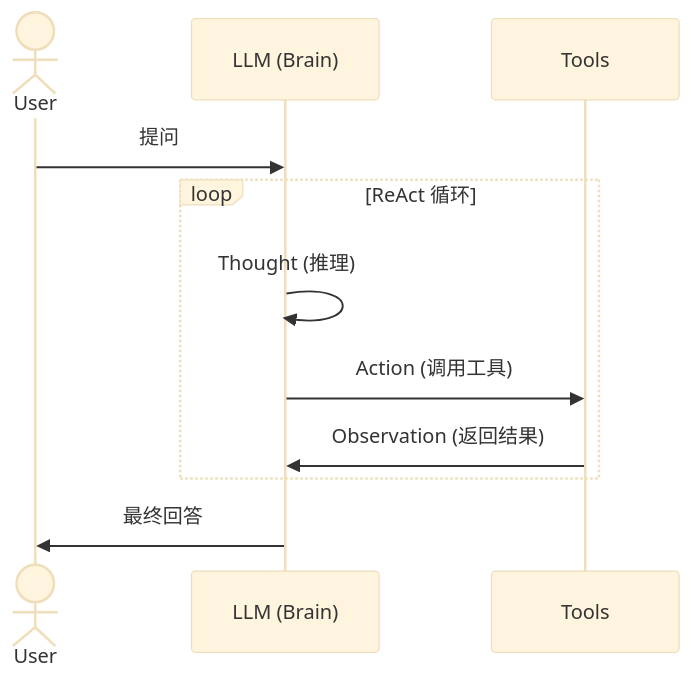
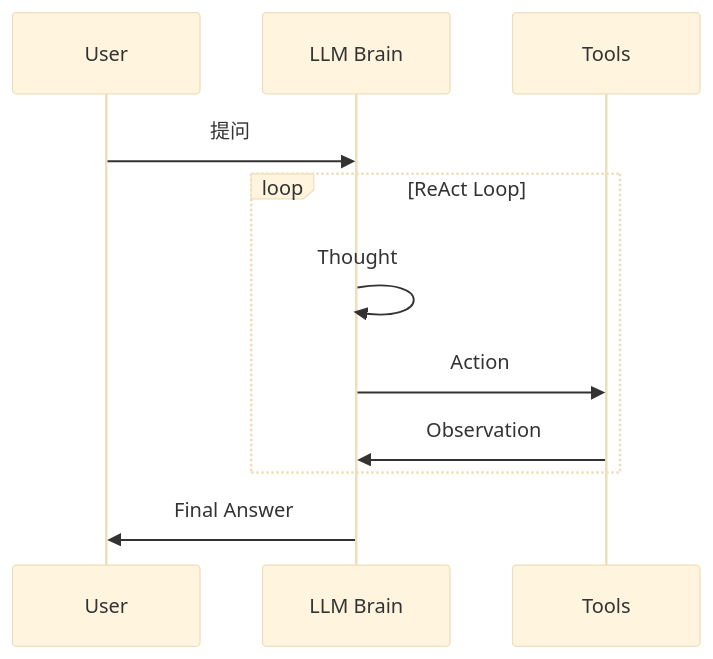
The first of 6 diagrams in docs/02_项目架构能力收敛/20260317170000_Agent工程架构模式全景.md (1207575273/ZCode), drawn with Mermaid (base theme) before and after one commit. The commit also changed other lines of this file, not shown here.

````diff
--- a/docs/02_项目架构能力收敛/20260317170000_Agent工程架构模式全景.md
+++ b/docs/02_项目架构能力收敛/20260317170000_Agent工程架构模式全景.md
@@ -110,14 +110,14 @@
 ```mermaid
 sequenceDiagram
-    actor User
-    participant LLM as LLM (Brain)
-    participant Tools
+    participant User as User
+    participant LLM as LLM Brain
+    participant Tools as Tools
 
     User->>LLM: 提问
-    loop ReAct 循环
-        LLM->>LLM: Thought (推理)
-        LLM->>Tools: Action (调用工具)
-        Tools->>LLM: Observation (返回结果)
+    loop ReAct Loop
+        LLM->>LLM: Thought
+        LLM->>Tools: Action
+        Tools->>LLM: Observation
     end
-    LLM->>User: 最终回答
+    LLM->>User: Final Answer
 ```
````
